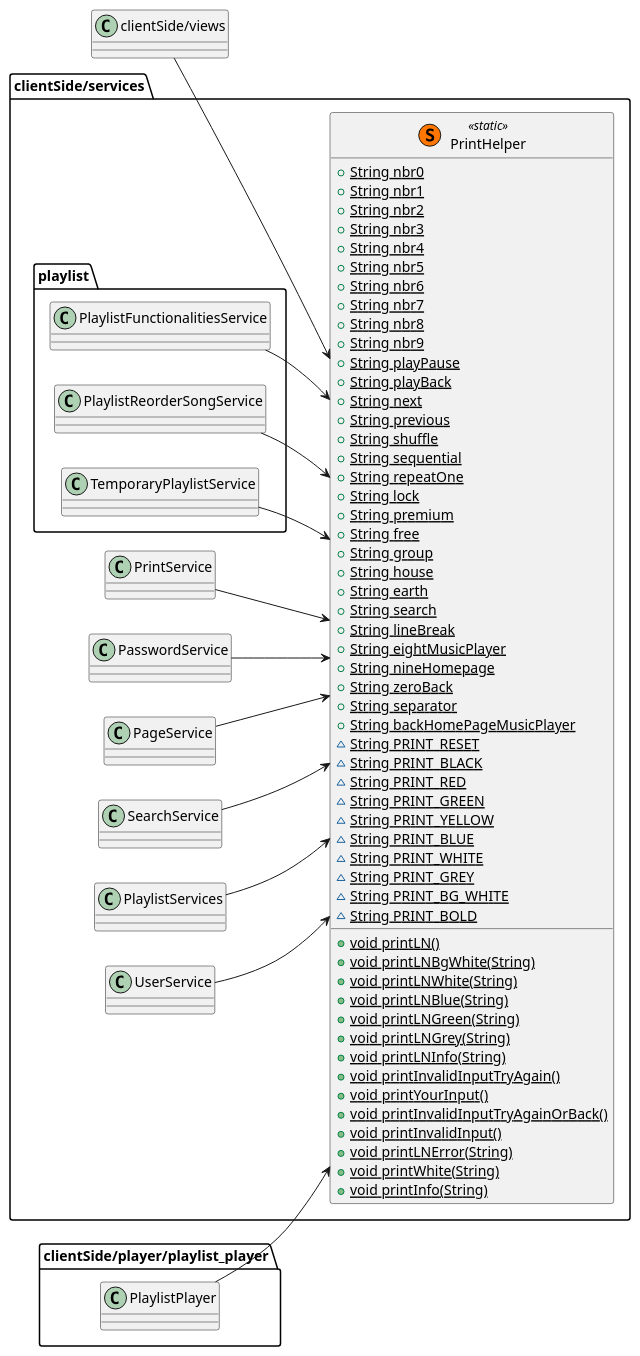
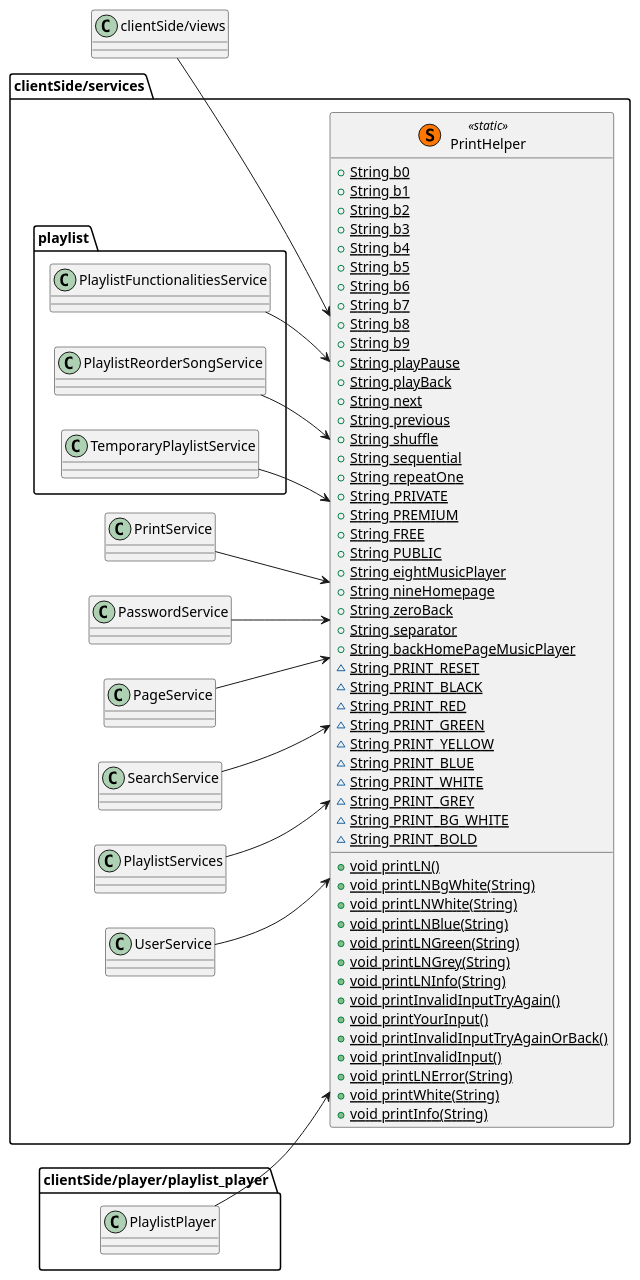
One commit to marionrossier/MiniSpotify changed the diagram in Diagrams/classDiagrams/clientSide/PrintHelper.puml. Above: the diagram before and after it, drawn with PlantUML. The commit also changed 14 other files, not shown here.

```diff
--- a/Diagrams/classDiagrams/clientSide/PrintHelper.puml
+++ b/Diagrams/classDiagrams/clientSide/PrintHelper.puml
@@ -1,72 +1,67 @@
 @startuml
 left to right direction
 class clientSide/services.PrintHelper << (S, #FF7700) static >>{
-+ {static} String nbr0
-+ {static} String nbr1
-+ {static} String nbr2
-+ {static} String nbr3
-+ {static} String nbr4
-+ {static} String nbr5
-+ {static} String nbr6
-+ {static} String nbr7
-+ {static} String nbr8
-+ {static} String nbr9
++ {static} String b0
++ {static} String b1
++ {static} String b2
++ {static} String b3
++ {static} String b4
++ {static} String b5
++ {static} String b6
++ {static} String b7
++ {static} String b8
++ {static} String b9
 + {static} String playPause
 + {static} String playBack
 + {static} String next
 + {static} String previous
 + {static} String shuffle
 + {static} String sequential
 + {static} String repeatOne
-+ {static} String lock
-+ {static} String premium
-+ {static} String free
-+ {static} String group
-+ {static} String house
-+ {static} String earth
-+ {static} String search
-+ {static} String lineBreak
++ {static} String PRIVATE
++ {static} String PREMIUM
++ {static} String FREE
++ {static} String PUBLIC
 + {static} String eightMusicPlayer
 + {static} String nineHomepage
 + {static} String zeroBack
 + {static} String separator
 + {static} String backHomePageMusicPlayer
 ~ {static} String PRINT_RESET
 ~ {static} String PRINT_BLACK
 ~ {static} String PRINT_RED
 ~ {static} String PRINT_GREEN
 ~ {static} String PRINT_YELLOW
 ~ {static} String PRINT_BLUE
 ~ {static} String PRINT_WHITE
 ~ {static} String PRINT_GREY
 ~ {static} String PRINT_BG_WHITE
 ~ {static} String PRINT_BOLD
 + {static} void printLN()
 + {static} void printLNBgWhite(String)
 + {static} void printLNWhite(String)
 + {static} void printLNBlue(String)
 + {static} void printLNGreen(String)
 + {static} void printLNGrey(String)
 + {static} void printLNInfo(String)
 + {static} void printInvalidInputTryAgain()
 + {static} void printYourInput()
 + {static} void printInvalidInputTryAgainOrBack()
 + {static} void printInvalidInput()
 + {static} void printLNError(String)
 + {static} void printWhite(String)
 + {static} void printInfo(String)
 }
 
 "clientSide/services.PrintService" --> "clientSide/services.PrintHelper"
 "clientSide/services.PasswordService" --> "clientSide/services.PrintHelper"
 "clientSide/services.PageService" --> "clientSide/services.PrintHelper"
 "clientSide/services.SearchService" --> "clientSide/services.PrintHelper"
 "clientSide/services.PlaylistServices" --> "clientSide/services.PrintHelper"
 "clientSide/services.UserService" --> "clientSide/services.PrintHelper"
 "clientSide/services.playlist.PlaylistFunctionalitiesService" --> "clientSide/services.PrintHelper"
 "clientSide/services.playlist.PlaylistReorderSongService" --> "clientSide/services.PrintHelper"
 "clientSide/services.playlist.TemporaryPlaylistService" --> "clientSide/services.PrintHelper"
 "clientSide/views" --> "clientSide/services.PrintHelper"
 "clientSide/player/playlist_player.PlaylistPlayer" --> "clientSide/services.PrintHelper"
-
 @enduml
```
